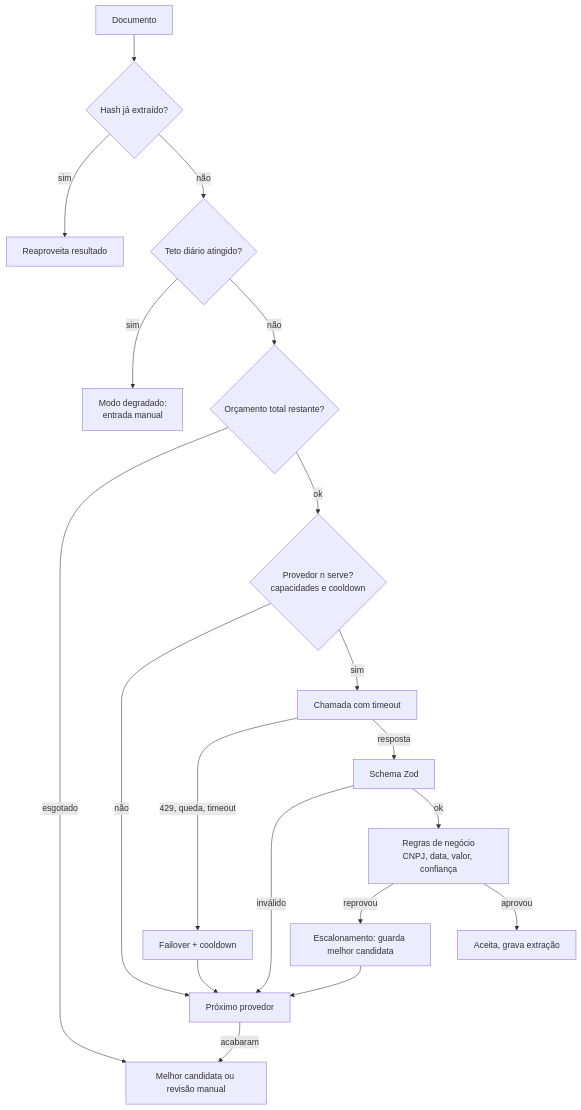
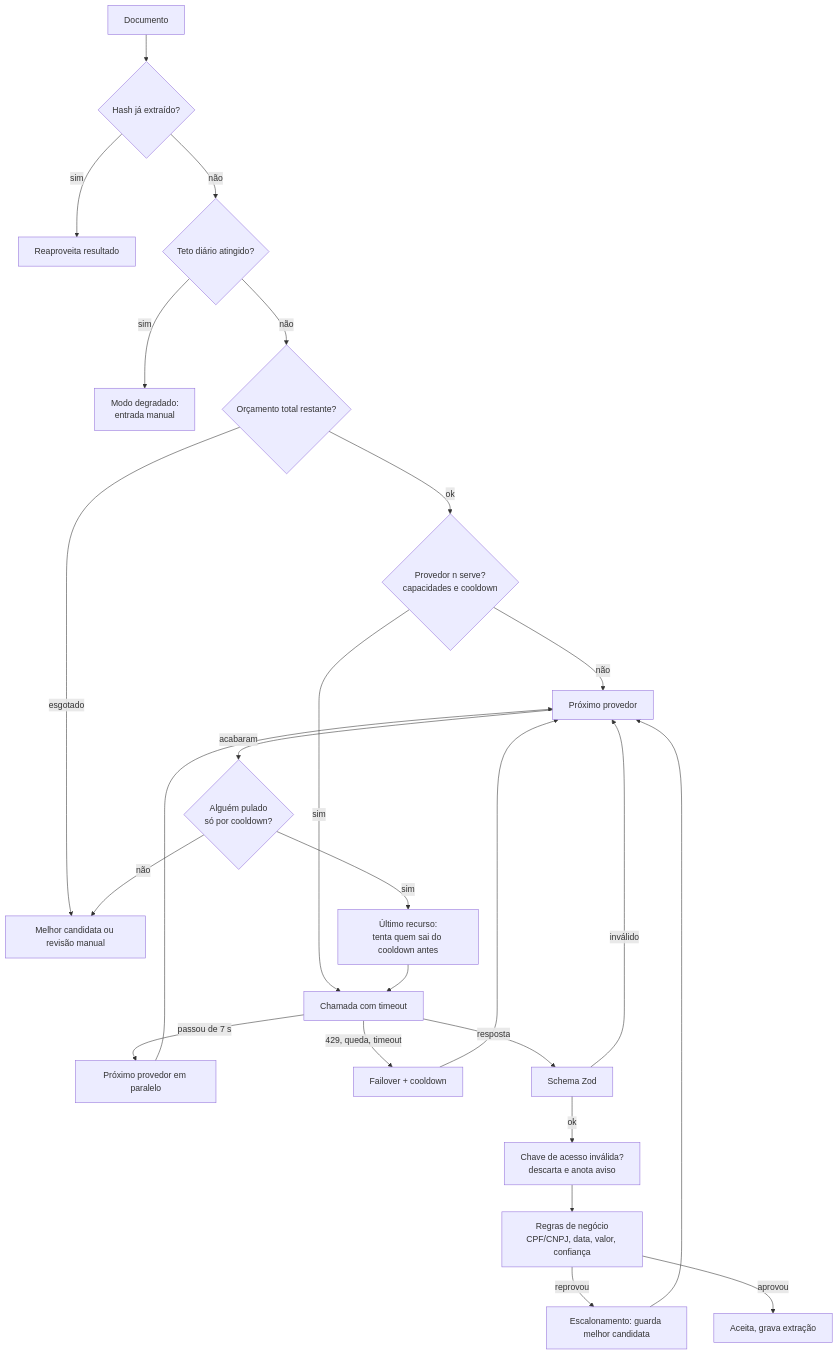
The second of 3 diagrams in docs/ARCHITECTURE.md (miguelquintanilhapy/teto), drawn with Mermaid before and after one commit. The commit also changed other lines of this file and 2 other files, not shown here.

Commit message:
docs: arquitetura, modelo de dados e segurança corrigidos contra o código (upload em paralelo, confirmação sem atomicidade, pendente nunca gravado)

````diff
--- a/docs/ARCHITECTURE.md
+++ b/docs/ARCHITECTURE.md
@@ -89,19 +95,23 @@
 ```mermaid
 flowchart TD
   A[Documento] --> H{Hash já extraído?}
   H -->|sim| R[Reaproveita resultado] 
   H -->|não| Q{Teto diário atingido?}
   Q -->|sim| M[Modo degradado:<br/>entrada manual]
   Q -->|não| B{Orçamento total restante?}
   B -->|esgotado| Z[Melhor candidata ou revisão manual]
   B -->|ok| C{Provedor n serve?<br/>capacidades e cooldown}
   C -->|não| N[Próximo provedor]
   C -->|sim| D[Chamada com timeout]
+  D -->|passou de 7 s| P[Próximo provedor em paralelo] --> N
   D -->|429, queda, timeout| F[Failover + cooldown] --> N
   D -->|resposta| E[Schema Zod]
   E -->|inválido| N
-  E -->|ok| V[Regras de negócio<br/>CNPJ, data, valor, confiança]
+  E -->|ok| K[Chave de acesso inválida?<br/>descarta e anota aviso]
+  K --> V[Regras de negócio<br/>CPF/CNPJ, data, valor, confiança]
   V -->|reprovou| G[Escalonamento: guarda melhor candidata] --> N
   V -->|aprovou| OK[Aceita, grava extração]
-  N -->|acabaram| Z
+  N -->|acabaram| L{Alguém pulado<br/>só por cooldown?}
+  L -->|sim| LR[Último recurso:<br/>tenta quem sai do cooldown antes] --> D
+  L -->|não| Z
 ```
````
